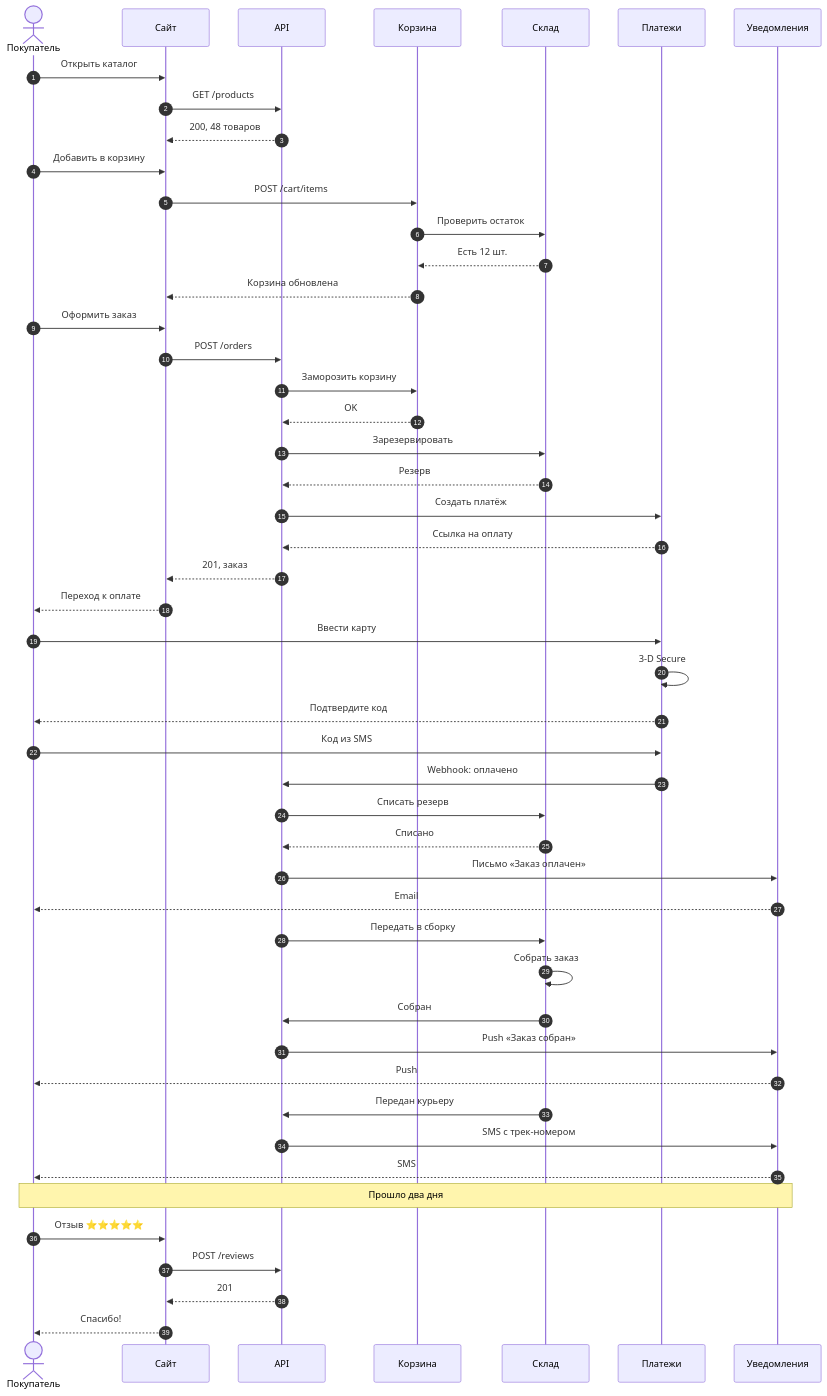
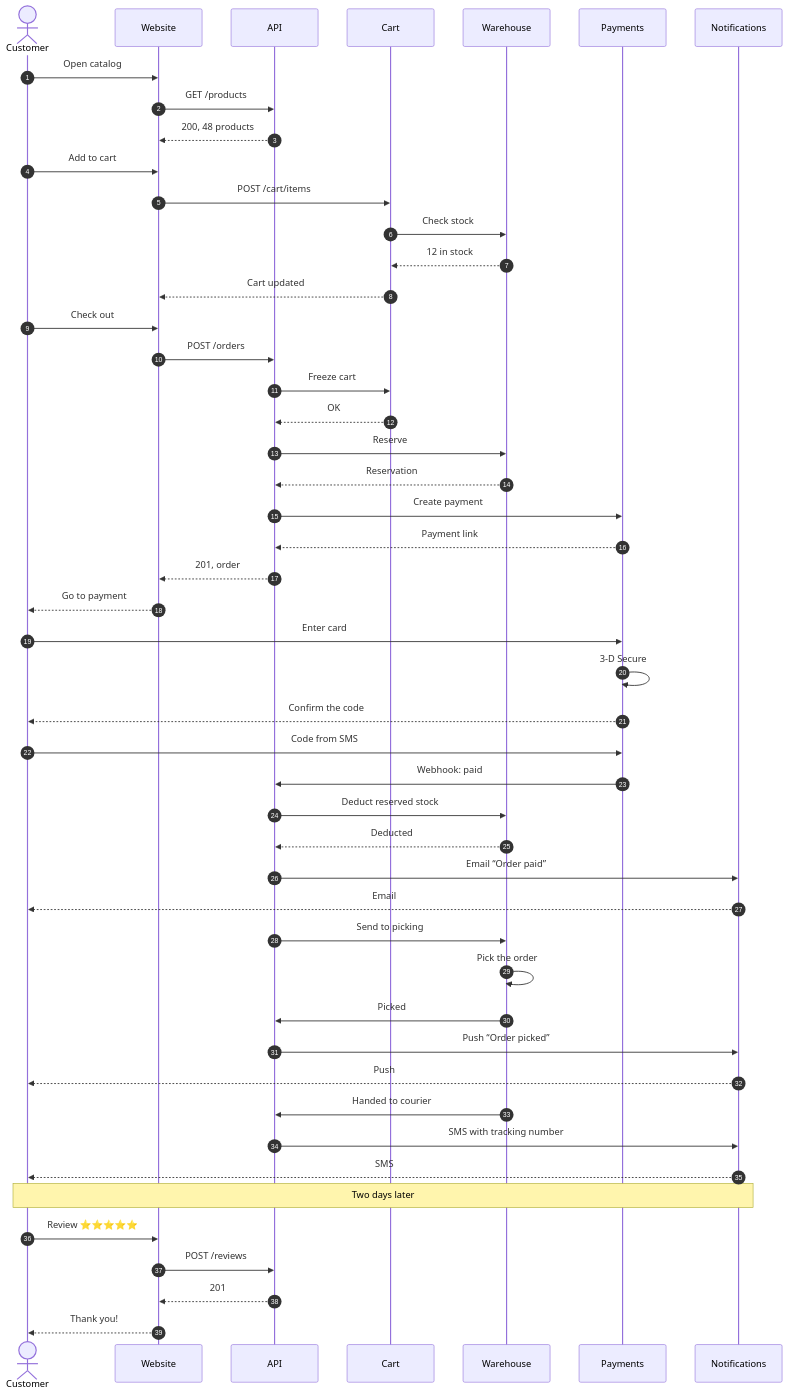
Before and after one commit to Kseen715/md2pdfX: the third of 3 diagrams in examples/big-diagrams.md, drawn with Mermaid. The commit also changed other lines of this file and 25 other files, not shown here.

````diff
--- a/examples/big-diagrams.md
+++ b/examples/big-diagrams.md
@@ -31,51 +47,51 @@
 ```mermaid
 sequenceDiagram
     autonumber
-    actor U as Покупатель
-    participant W as Сайт
+    actor U as Customer
+    participant W as Website
     participant A as API
-    participant C as Корзина
-    participant S as Склад
-    participant P as Платежи
-    participant N as Уведомления
-    U->>W: Открыть каталог
+    participant C as Cart
+    participant S as Warehouse
+    participant P as Payments
+    participant N as Notifications
+    U->>W: Open catalog
     W->>A: GET /products
-    A-->>W: 200, 48 товаров
-    U->>W: Добавить в корзину
+    A-->>W: 200, 48 products
+    U->>W: Add to cart
     W->>C: POST /cart/items
-    C->>S: Проверить остаток
-    S-->>C: Есть 12 шт.
-    C-->>W: Корзина обновлена
-    U->>W: Оформить заказ
+    C->>S: Check stock
+    S-->>C: 12 in stock
+    C-->>W: Cart updated
+    U->>W: Check out
     W->>A: POST /orders
-    A->>C: Заморозить корзину
+    A->>C: Freeze cart
     C-->>A: OK
-    A->>S: Зарезервировать
-    S-->>A: Резерв #7731
-    A->>P: Создать платёж
-    P-->>A: Ссылка на оплату
-    A-->>W: 201, заказ #1042
-    W-->>U: Переход к оплате
-    U->>P: Ввести карту
+    A->>S: Reserve
+    S-->>A: Reservation #7731
+    A->>P: Create payment
+    P-->>A: Payment link
+    A-->>W: 201, order #1042
+    W-->>U: Go to payment
+    U->>P: Enter card
     P->>P: 3-D Secure
-    P-->>U: Подтвердите код
-    U->>P: Код из SMS
-    P->>A: Webhook: оплачено
-    A->>S: Списать резерв
-    S-->>A: Списано
-    A->>N: Письмо «Заказ оплачен»
+    P-->>U: Confirm the code
+    U->>P: Code from SMS
+    P->>A: Webhook: paid
+    A->>S: Deduct reserved stock
+    S-->>A: Deducted
+    A->>N: Email “Order paid”
     N-->>U: Email
-    A->>S: Передать в сборку
-    S->>S: Собрать заказ
-    S->>A: Собран
-    A->>N: Push «Заказ собран»
+    A->>S: Send to picking
+    S->>S: Pick the order
+    S->>A: Picked
+    A->>N: Push “Order picked”
     N-->>U: Push
-    S->>A: Передан курьеру
-    A->>N: SMS с трек-номером
+    S->>A: Handed to courier
+    A->>N: SMS with tracking number
     N-->>U: SMS
-    Note over U,N: Прошло два дня
-    U->>W: Отзыв ⭐⭐⭐⭐⭐
+    Note over U,N: Two days later
+    U->>W: Review ⭐⭐⭐⭐⭐
     W->>A: POST /reviews
     A-->>W: 201
-    W-->>U: Спасибо!
+    W-->>U: Thank you!
 ```
````
